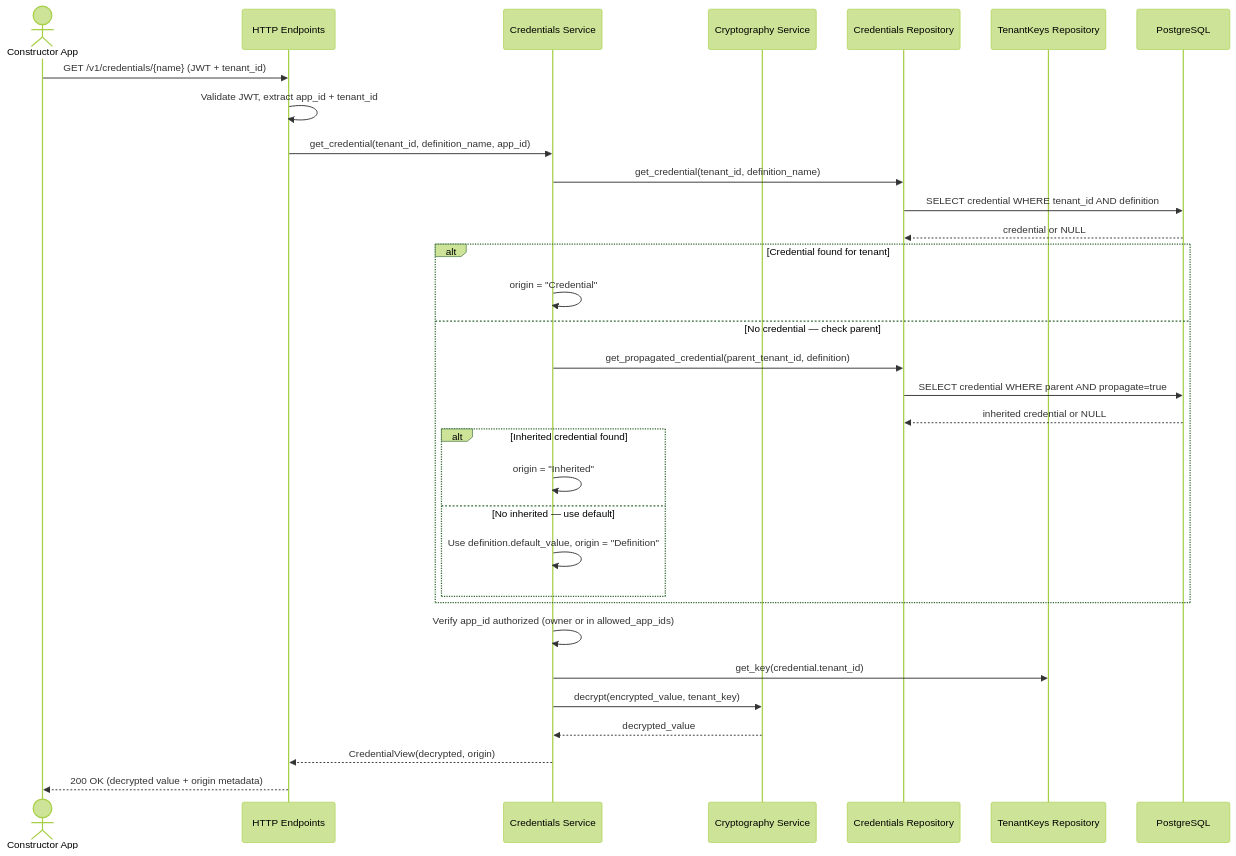
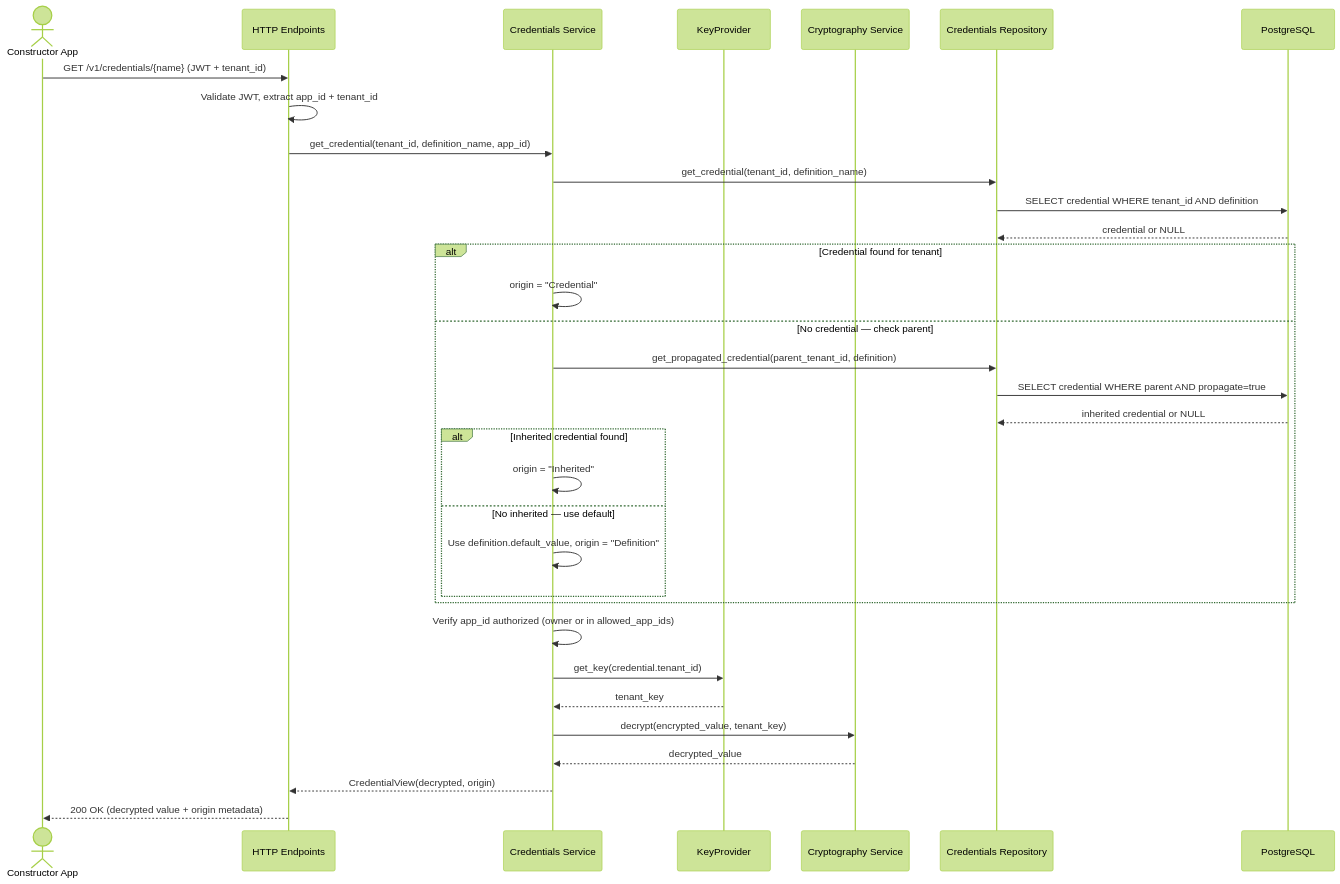
The third of 4 diagrams in modules/credstore/docs/plugins/credentials-storage/DESIGN.md (nullhypothesic/cyberfabric-core), drawn with Mermaid (forest theme) before and after one commit. The commit also changed other lines of this file and 1 other file, not shown here.

Commit message:
docs: key provider in credstorage

````diff
--- a/modules/credstore/docs/plugins/credentials-storage/DESIGN.md
+++ b/modules/credstore/docs/plugins/credentials-storage/DESIGN.md
@@ -476,37 +552,38 @@
 ```mermaid
 sequenceDiagram
     actor App as Constructor App
     participant API as HTTP Endpoints
     participant Svc as Credentials Service
+    participant KP as KeyProvider
     participant Crypto as Cryptography Service
     participant Repo as Credentials Repository
-    participant Keys as TenantKeys Repository
     participant DB as PostgreSQL
 
     App->>API: GET /v1/credentials/{name} (JWT + tenant_id)
     API->>API: Validate JWT, extract app_id + tenant_id
     API->>Svc: get_credential(tenant_id, definition_name, app_id)
     Svc->>Repo: get_credential(tenant_id, definition_name)
     Repo->>DB: SELECT credential WHERE tenant_id AND definition
     DB-->>Repo: credential or NULL
 
     alt Credential found for tenant
         Svc->>Svc: origin = "Credential"
     else No credential — check parent
         Svc->>Repo: get_propagated_credential(parent_tenant_id, definition)
         Repo->>DB: SELECT credential WHERE parent AND propagate=true
         DB-->>Repo: inherited credential or NULL
         alt Inherited credential found
             Svc->>Svc: origin = "Inherited"
         else No inherited — use default
             Svc->>Svc: Use definition.default_value, origin = "Definition"
         end
     end
 
     Svc->>Svc: Verify app_id authorized (owner or in allowed_app_ids)
-    Svc->>Keys: get_key(credential.tenant_id)
+    Svc->>KP: get_key(credential.tenant_id)
+    KP-->>Svc: tenant_key
     Svc->>Crypto: decrypt(encrypted_value, tenant_key)
     Crypto-->>Svc: decrypted_value
     Svc-->>API: CredentialView(decrypted, origin)
     API-->>App: 200 OK (decrypted value + origin metadata)
 ```
````
